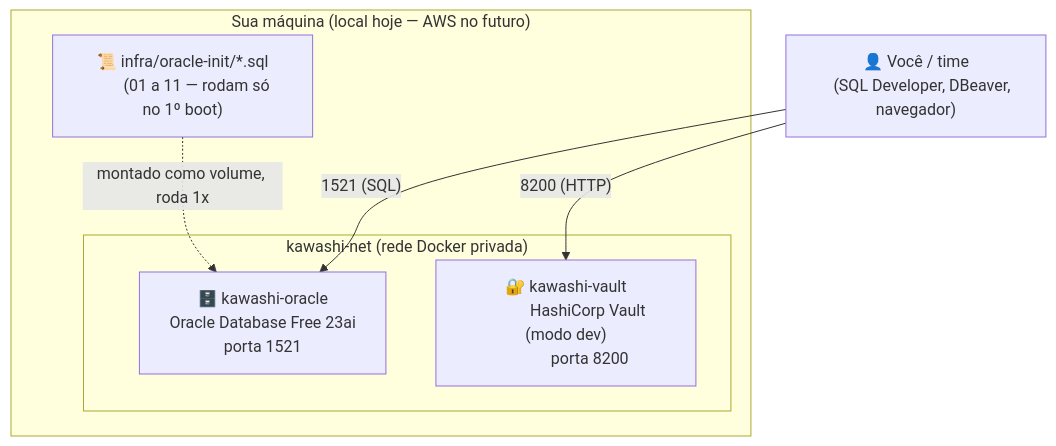
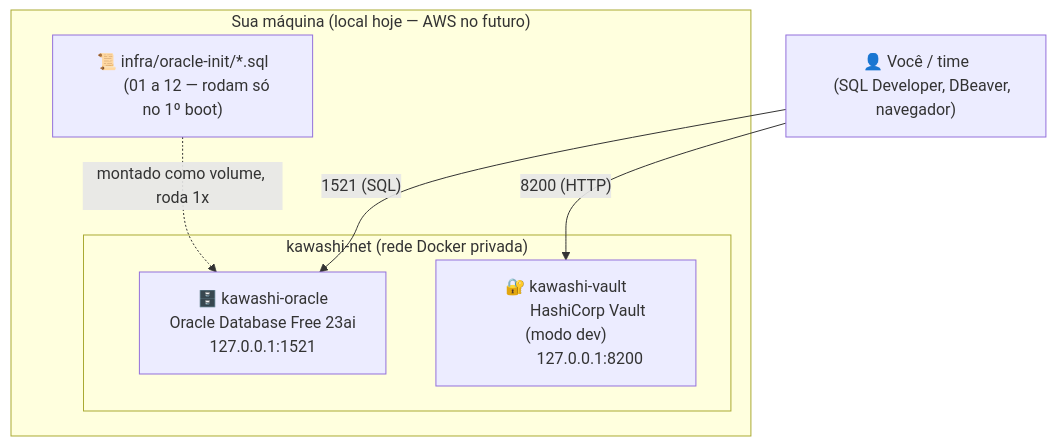
Before and after one commit to caioteixeir4/regras-banco-usp: the first of 9 diagrams in infra/docs/arquitetura.md, drawn with Mermaid. The commit also changed other lines of this file and 45 other files, not shown here.

````diff
--- a/infra/docs/arquitetura.md
+++ b/infra/docs/arquitetura.md
@@ -12,22 +12,22 @@
 ```mermaid
 flowchart TB
     subgraph Maquina["Sua máquina (local hoje — AWS no futuro)"]
         InitScripts["📜 infra/oracle-init/*.sql
-        (01 a 11 — rodam só no 1º boot)"]
+        (01 a 12 — rodam só no 1º boot)"]
 
         subgraph Rede["kawashi-net (rede Docker privada)"]
             Oracle["🗄️ kawashi-oracle
             Oracle Database Free 23ai
-            porta 1521"]
+            127.0.0.1:1521"]
             Vault["🔐 kawashi-vault
             HashiCorp Vault (modo dev)
-            porta 8200"]
+            127.0.0.1:8200"]
         end
 
         InitScripts -. montado como volume, roda 1x .-> Oracle
     end
 
     Voce["👤 Você / time
     (SQL Developer, DBeaver, navegador)"] -- "1521 (SQL)" --> Oracle
     Voce -- "8200 (HTTP)" --> Vault
 ```
````
